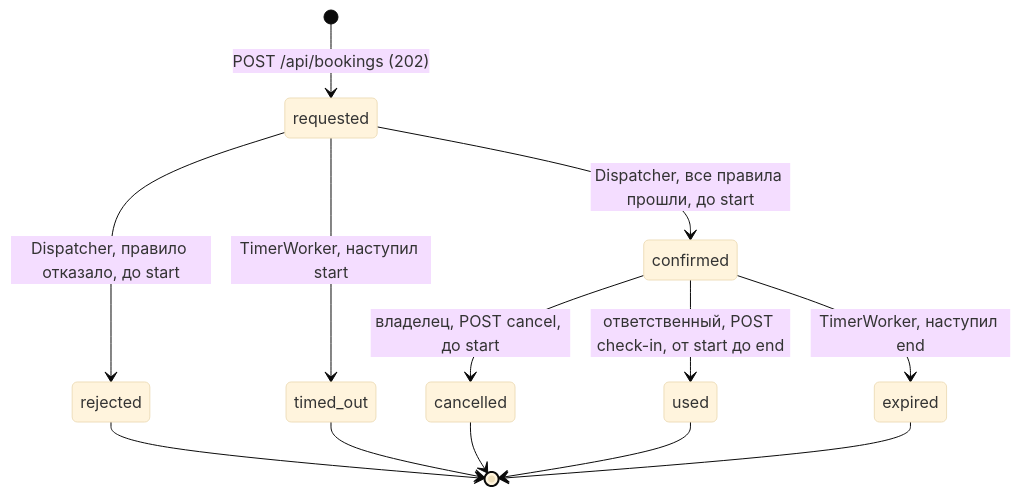
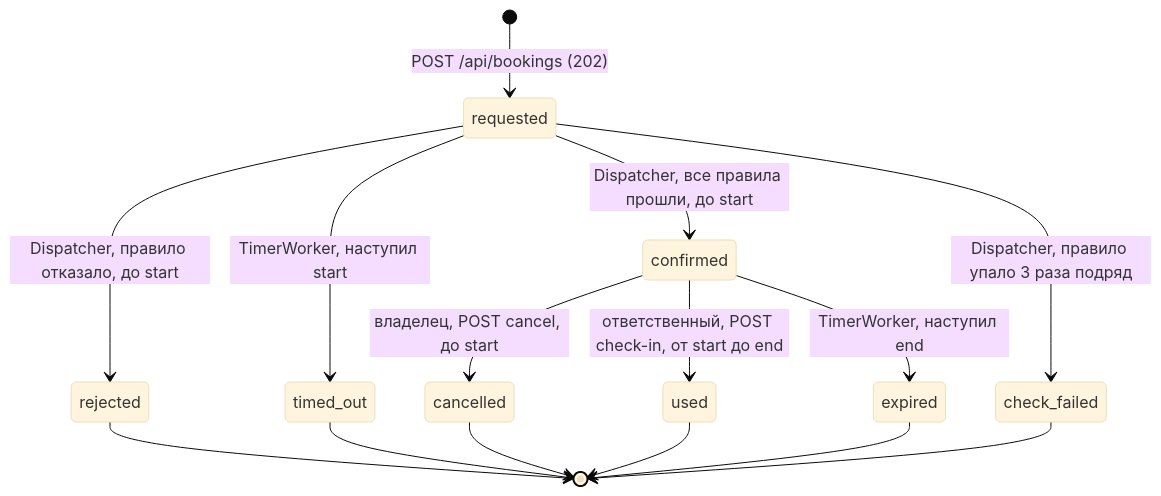
One commit to AIProgramIngeneering2026/team-suhariki changed the diagram in docs/job-states.md. Above: the diagram before and after it, drawn with Mermaid (base theme). The commit also changed other lines of this file and 16 other files, not shown here.

````diff
--- a/docs/job-states.md
+++ b/docs/job-states.md
@@ -18,18 +19,20 @@
 ```mermaid
 stateDiagram-v2
     [*] --> requested : POST /api/bookings (202)
 
     requested --> confirmed : Dispatcher, все правила прошли, до start
     requested --> rejected : Dispatcher, правило отказало, до start
     requested --> timed_out : TimerWorker, наступил start
+    requested --> check_failed : Dispatcher, правило упало 3 раза подряд
 
     confirmed --> cancelled : владелец, POST cancel, до start
     confirmed --> used : ответственный, POST check-in, от start до end
     confirmed --> expired : TimerWorker, наступил end
 
     rejected --> [*]
     timed_out --> [*]
     cancelled --> [*]
     used --> [*]
     expired --> [*]
+    check_failed --> [*]
 ```
````
